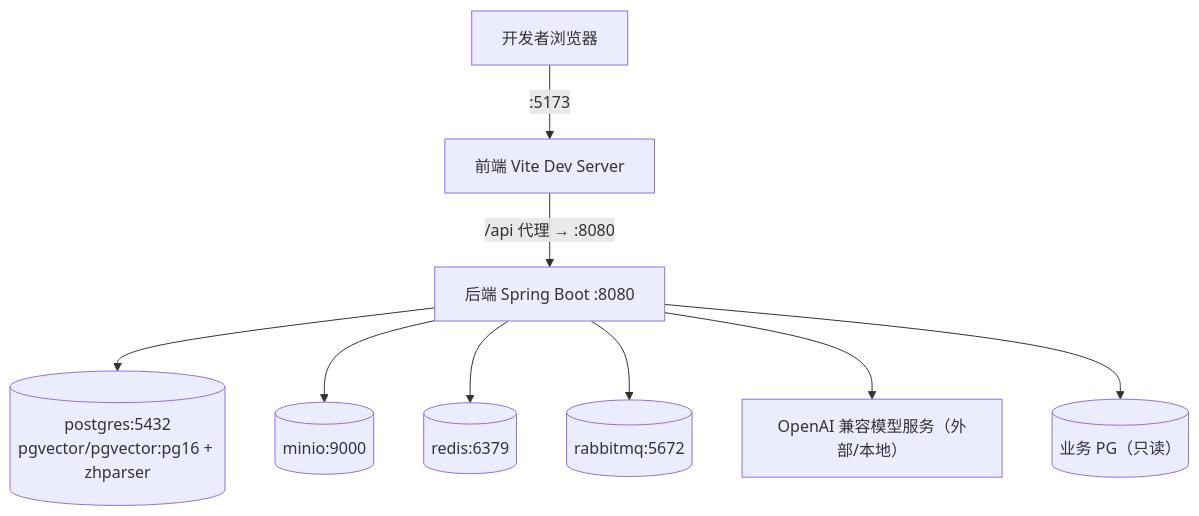
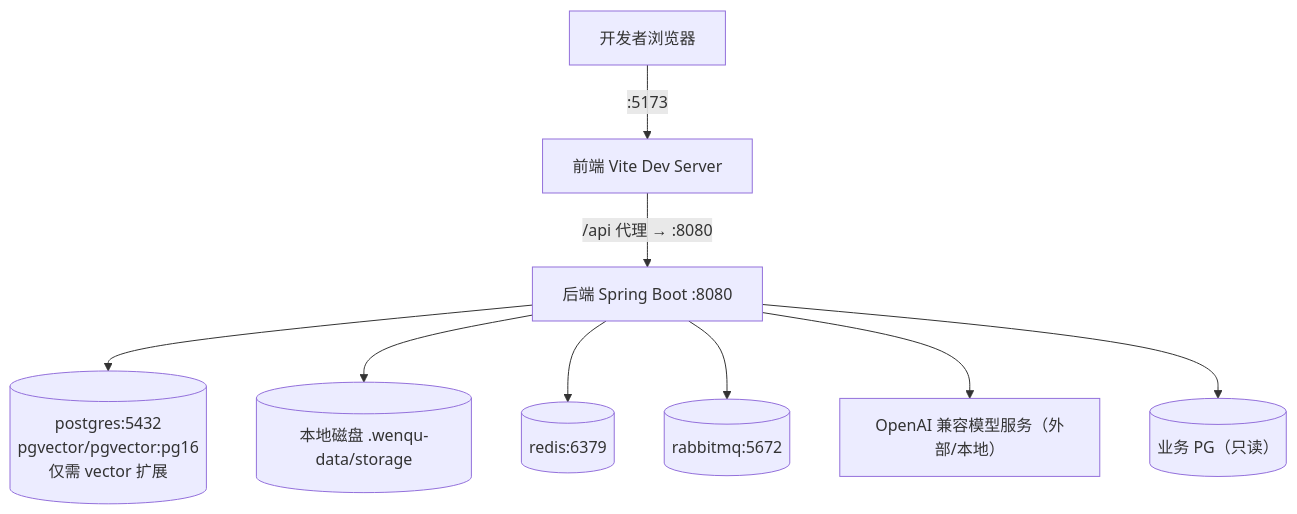
Before and after one commit to CBT-keep/WenQu: the fifth of 5 diagrams in doc/02-技术架构设计.md, drawn with Mermaid. The commit also changed other lines of this file and 16 other files, not shown here.

````diff
--- a/doc/02-技术架构设计.md
+++ b/doc/02-技术架构设计.md
@@ -367,11 +449,11 @@
 ```mermaid
 flowchart TB
   DEV["开发者浏览器"] -->|":5173"| FE["前端 Vite Dev Server"]
   FE -->|"/api 代理 → :8080"| BE["后端 Spring Boot :8080"]
-  BE --> PG[("postgres:5432<br/>pgvector/pgvector:pg16 + zhparser")]
-  BE --> MIO[("minio:9000")]
+  BE --> PG[("postgres:5432<br/>pgvector/pgvector:pg16<br/>仅需 vector 扩展")]
+  BE --> FS[("本地磁盘 .wenqu-data/storage")]
   BE --> RDS[("redis:6379")]
   BE --> RMQ[("rabbitmq:5672")]
   BE --> LLM["OpenAI 兼容模型服务（外部/本地）"]
   BE --> DS[("业务 PG（只读）")]
 ```
````
